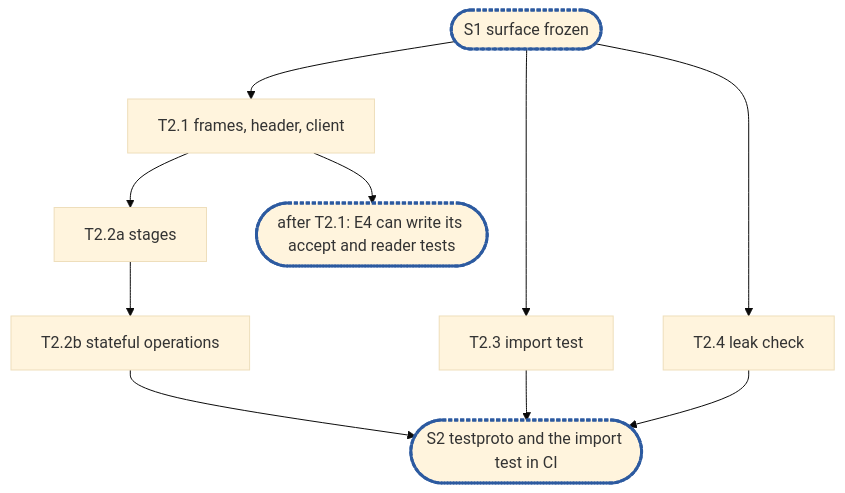
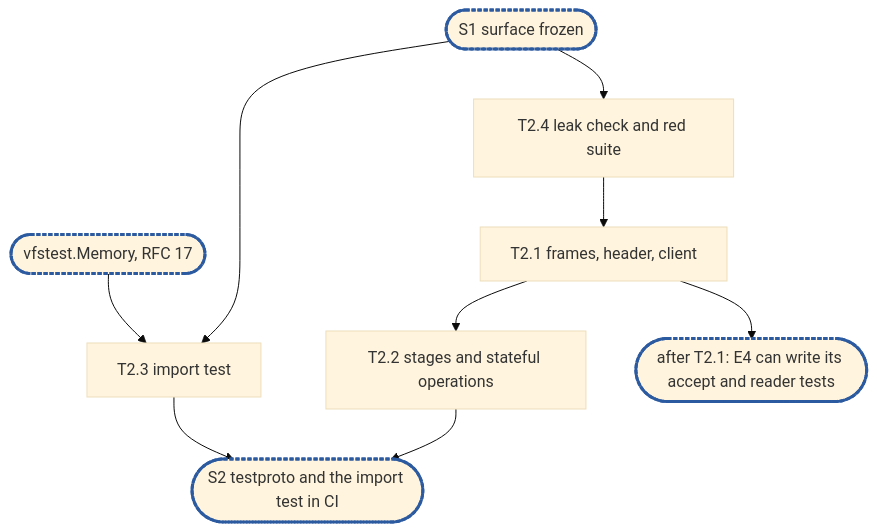
The diagram in docs/internals/planning/rfc-20-adapters-epic2.md (cubbit/dittofs), drawn with Mermaid (base theme) before and after one commit. The commit also changed other lines of this file and 1 other file, not shown here.

Commit message:
docs(planning): fold the review of RFC 20 epic 2, with a red suite for later epics' specifications

````diff
--- a/docs/internals/planning/rfc-20-adapters-epic2.md
+++ b/docs/internals/planning/rfc-20-adapters-epic2.md
@@ -616,10 +639,10 @@
 ```mermaid
 flowchart TD
-  S1(["S1 surface frozen"]):::sync --> T2_1["T2.1 frames, header, client"]
+  S1(["S1 surface frozen"]):::sync --> T2_4["T2.4 leak check and red suite"]
   S1 --> T2_3["T2.3 import test"]
-  S1 --> T2_4["T2.4 leak check"]
-  T2_1 --> T2_2a["T2.2a stages"] --> T2_2b["T2.2b stateful operations"]
+  M(["vfstest.Memory, RFC 17"]):::sync --> T2_3
+  T2_4 --> T2_1["T2.1 frames, header, client"] --> T2_2["T2.2 stages and stateful operations"]
   T2_1 --> C1(["after T2.1: E4 can write its accept and reader tests"]):::sync
-  T2_2b & T2_3 & T2_4 --> S2(["S2 testproto and the import test in CI"]):::sync
+  T2_2 & T2_3 --> S2(["S2 testproto and the import test in CI"]):::sync
   classDef sync stroke:#2c5aa0,stroke-width:3px,stroke-dasharray:4 2
 ```
````
